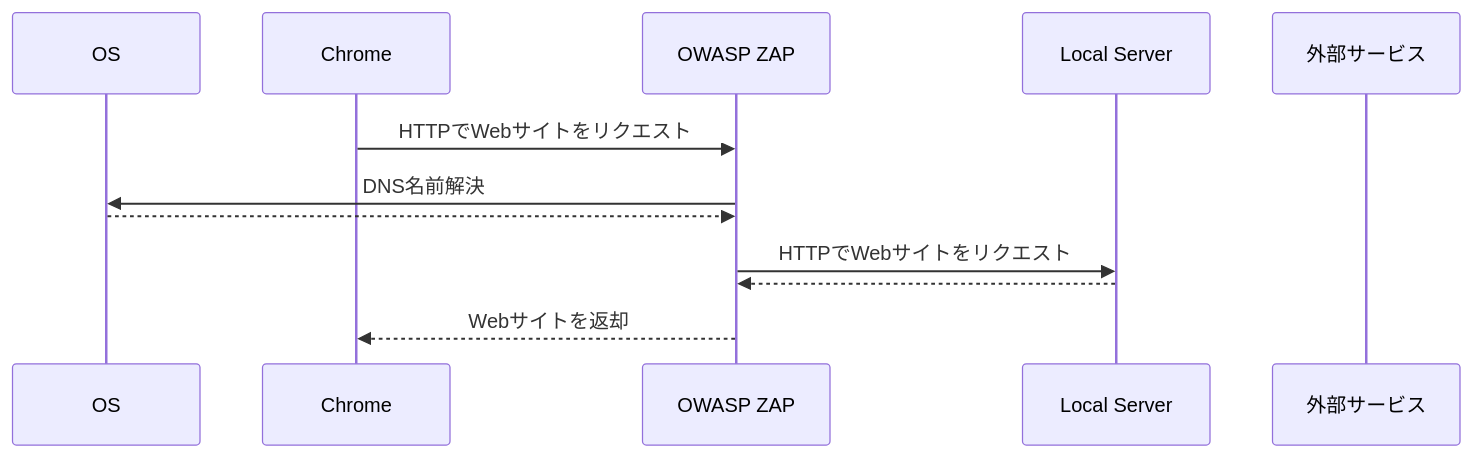
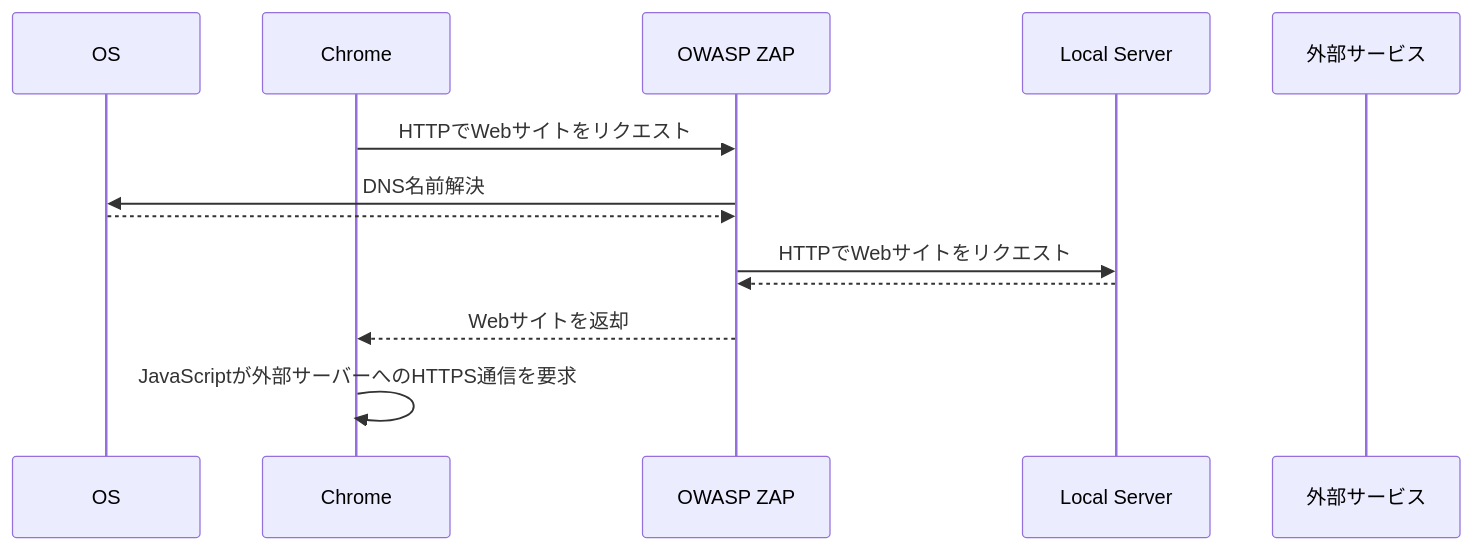
Before and after one commit to xhiroga/zenn-content: the diagram in articles/owasp-zap-localhost-subdomain.md, drawn with Mermaid. The commit also changed other lines of this file, not shown here.

````diff
--- a/articles/owasp-zap-localhost-subdomain.md
+++ b/articles/owasp-zap-localhost-subdomain.md
@@ -38,15 +32,16 @@
 ```mermaid
 sequenceDiagram
     participant OS
     participant Chrome
     participant zap as OWASP ZAP
     participant local as Local Server
     participant 3rd as 外部サービス
 
     Chrome->>zap: HTTPでWebサイトをリクエスト
     zap->>OS: DNS名前解決
     OS-->>zap: 
     zap->>local: HTTPでWebサイトをリクエスト
     local-->>zap: 
     zap-->>Chrome: Webサイトを返却
+    Chrome->>Chrome: JavaScriptが外部サーバーへのHTTPS通信を要求
 ```
````
